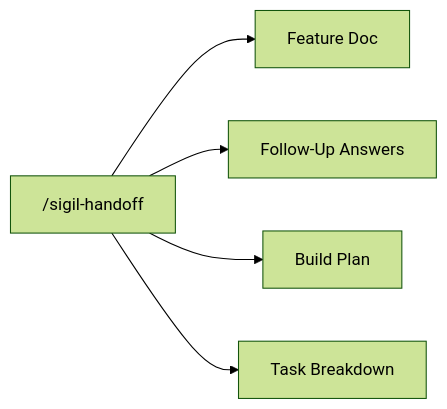
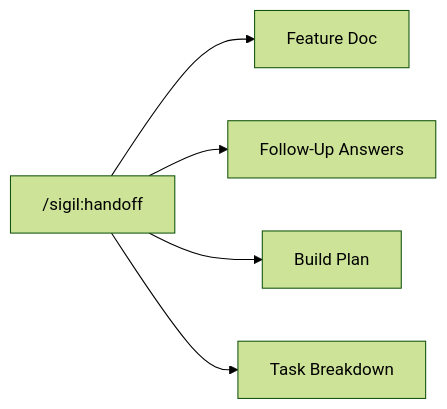
Before and after one commit to adamried/sigil-os: the second of 3 diagrams in docs/user-guide.md, drawn with Mermaid (forest theme). The commit also changed other lines of this file and 61 other files, not shown here.

````diff
--- a/docs/user-guide.md
+++ b/docs/user-guide.md
@@ -507,7 +507,7 @@
 ```mermaid
 flowchart LR
-    A["/sigil-handoff"] --> B["Feature Doc"]
+    A["/sigil:handoff"] --> B["Feature Doc"]
     A --> C["Follow-Up Answers"]
     A --> D["Build Plan"]
     A --> E["Task Breakdown"]
 ```
````
